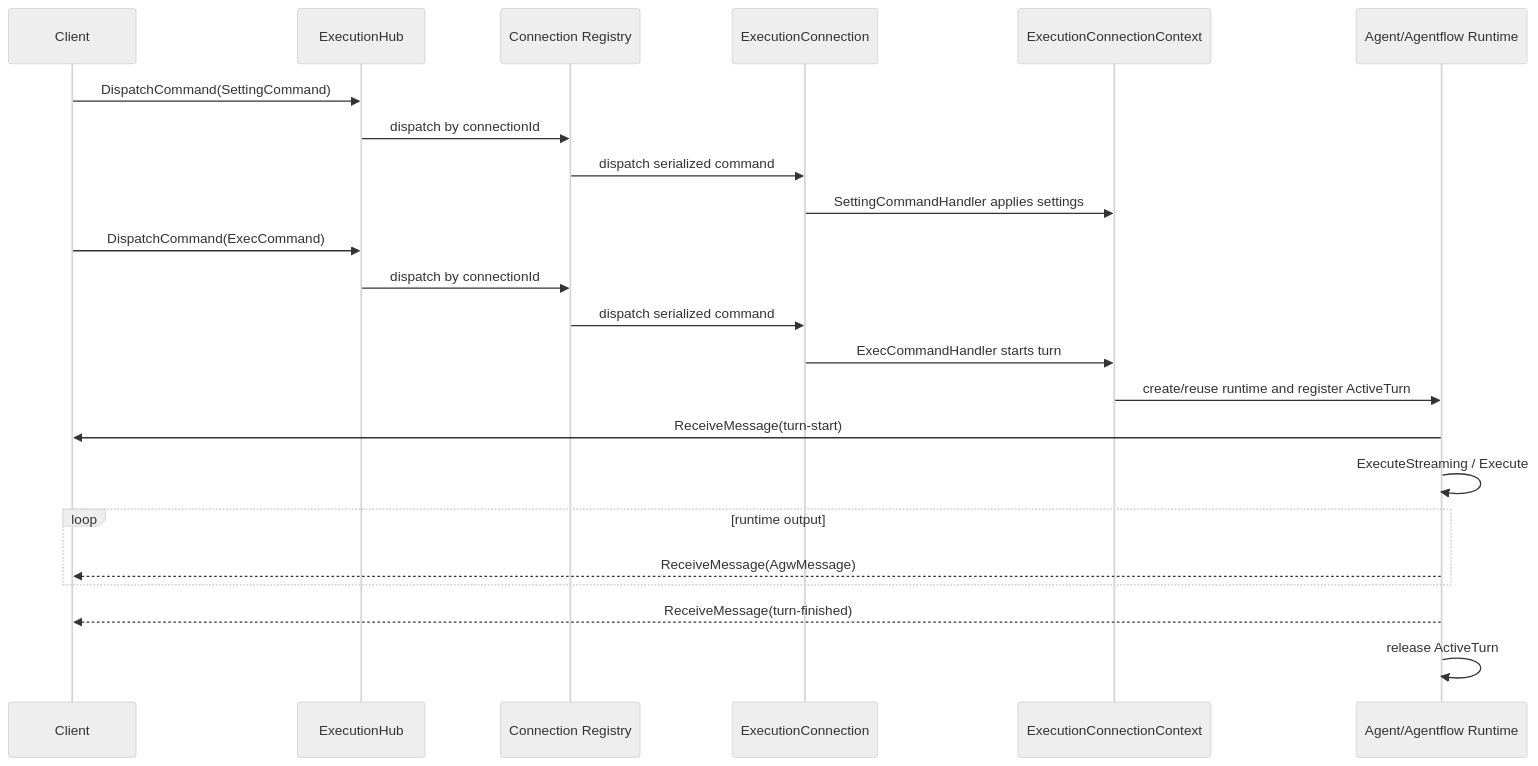
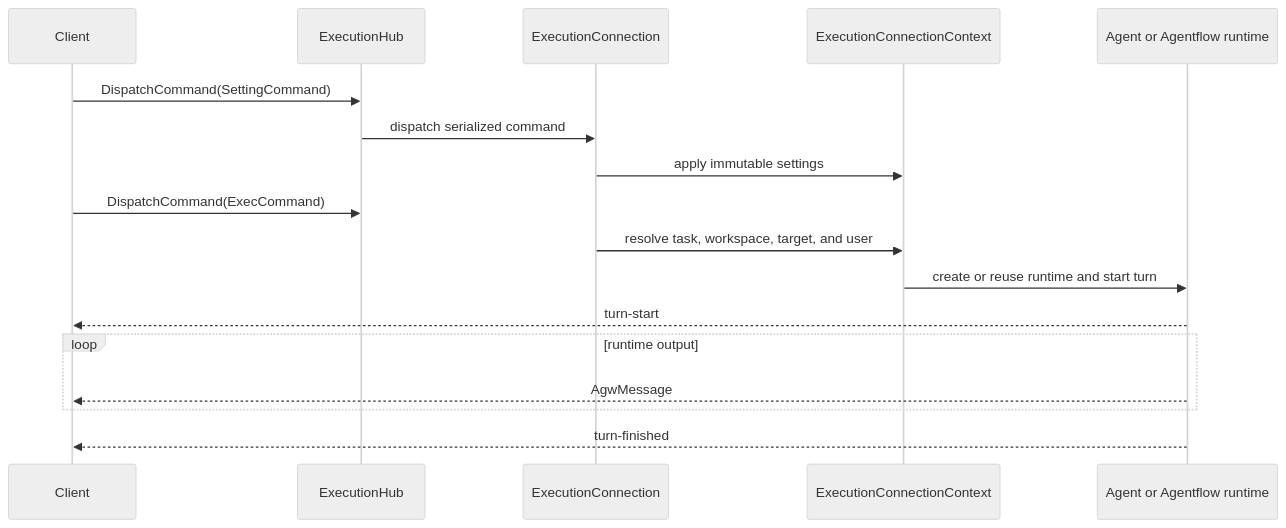
One commit to zxyao145/agw changed the diagram in docs/ws-flow.md. Above: the diagram before and after it, drawn with Mermaid (neutral theme). The commit also changed other lines of this file and 68 other files, not shown here.

````diff
--- a/docs/ws-flow.md
+++ b/docs/ws-flow.md
@@ -23,26 +49,20 @@
 ```mermaid
 sequenceDiagram
     participant Client
     participant Hub as ExecutionHub
-    participant Registry as Connection Registry
     participant Connection as ExecutionConnection
     participant Context as ExecutionConnectionContext
-    participant Runtime as Agent/Agentflow Runtime
+    participant Runtime as Agent or Agentflow runtime
 
     Client->>Hub: DispatchCommand(SettingCommand)
-    Hub->>Registry: dispatch by connectionId
-    Registry->>Connection: dispatch serialized command
-    Connection->>Context: SettingCommandHandler applies settings
+    Hub->>Connection: dispatch serialized command
+    Connection->>Context: apply immutable settings
     Client->>Hub: DispatchCommand(ExecCommand)
-    Hub->>Registry: dispatch by connectionId
-    Registry->>Connection: dispatch serialized command
-    Connection->>Context: ExecCommandHandler starts turn
-    Context->>Runtime: create/reuse runtime and register ActiveTurn
-    Runtime->>Client: ReceiveMessage(turn-start)
-    Runtime->>Runtime: ExecuteStreaming / Execute
+    Connection->>Context: resolve task, workspace, target, and user
+    Context->>Runtime: create or reuse runtime and start turn
+    Runtime-->>Client: turn-start
     loop runtime output
-        Runtime-->>Client: ReceiveMessage(AgwMessage)
+        Runtime-->>Client: AgwMessage
     end
-    Runtime-->>Client: ReceiveMessage(turn-finished)
-    Runtime->>Runtime: release ActiveTurn
+    Runtime-->>Client: turn-finished
 ```
````
